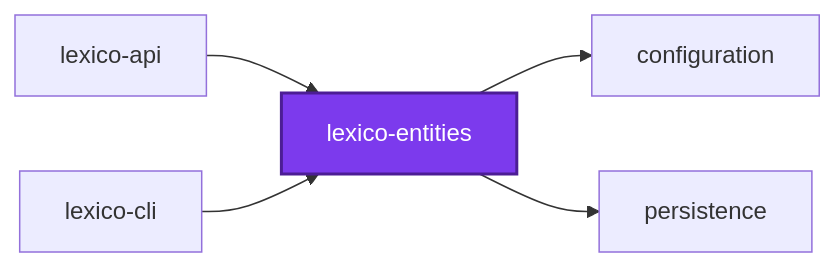
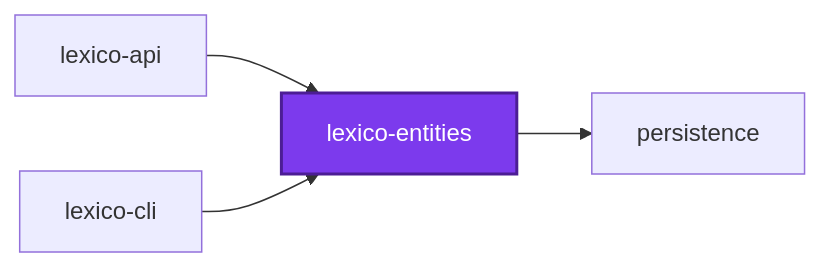
The first of 3 diagrams in projects/lexico/lexico-entities/README.md (organizzolini/codebase), drawn with Mermaid before and after one commit. The commit also changed other lines of this file and 67 other files, not shown here.

````diff
--- a/projects/lexico/lexico-entities/README.md
+++ b/projects/lexico/lexico-entities/README.md
@@ -269,14 +269,12 @@
 ```mermaid
 graph LR
-  configuration["configuration"]
   lexico_api["lexico-api"]
   lexico_cli["lexico-cli"]
   lexico_entities["lexico-entities"]
   persistence["persistence"]
   lexico_api --> lexico_entities
   lexico_cli --> lexico_entities
-  lexico_entities --> configuration
   lexico_entities --> persistence
   classDef subject fill:#7c3aed,color:#fff,stroke:#4c1d95,stroke-width:2px
   class lexico_entities subject
 ```
````
